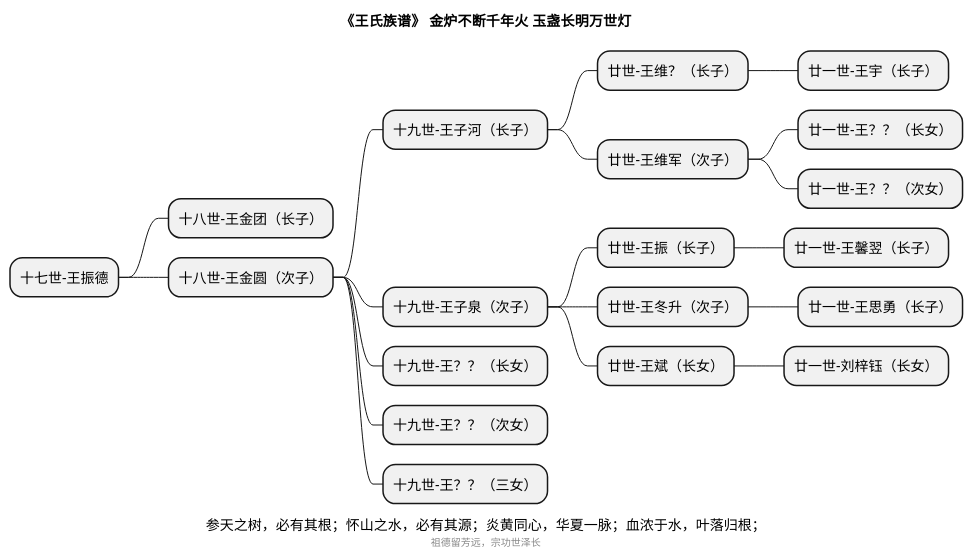
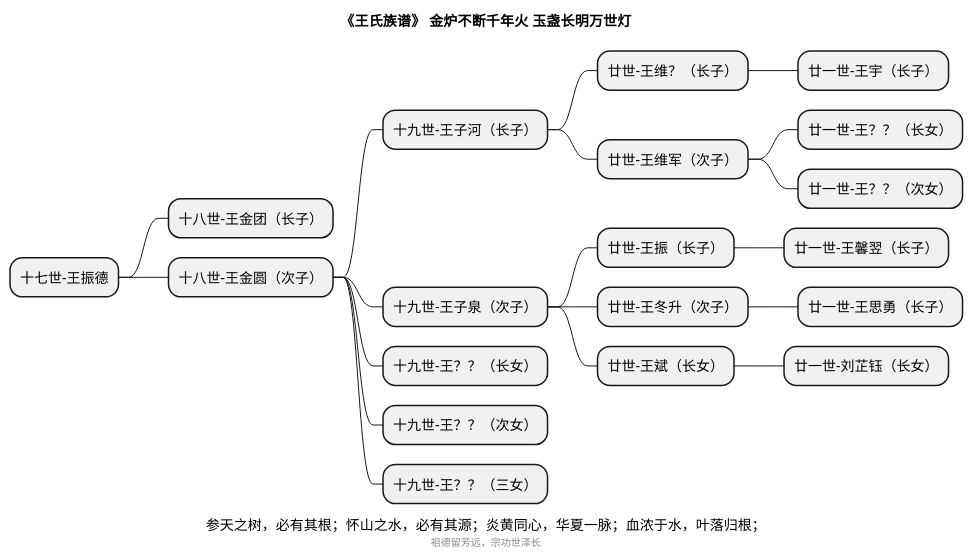
One commit to wdsheng0i/wdsheng0i.github.io changed the diagram in assets/files/mindmap/family-wang.puml. Above: the diagram before and after it, drawn with PlantUML. The commit also changed 20 other files, not shown here.

```diff
--- a/assets/files/mindmap/family-wang.puml
+++ b/assets/files/mindmap/family-wang.puml
@@ -1,27 +1,27 @@
 @startmindmap
 
 caption 参天之树，必有其根；怀山之水，必有其源；炎黄同心，华夏一脉；血浓于水，叶落归根；
 title 《王氏族谱》 金炉不断千年火  玉盏长明万世灯
 
 * 十七世-王振德
 ** 十八世-王金团（长子）
 ** 十八世-王金圆（次子）
 *** 十九世-王子河（长子）
 **** 廿世-王维？（长子）
 ***** 廿一世-王宇（长子）
 **** 廿世-王维军（次子）
 ***** 廿一世-王？？（长女）
 ***** 廿一世-王？？（次女）
 *** 十九世-王子泉（次子）
 **** 廿世-王振（长子）
 ***** 廿一世-王馨翌（长子）
 **** 廿世-王冬升（次子）
 ***** 廿一世-王思勇（长子）
 **** 廿世-王斌（长女）
-***** 廿一世-刘梓钰（长女）
+***** 廿一世-刘芷钰（长女）
 *** 十九世-王？？（长女）
 *** 十九世-王？？（次女）
 *** 十九世-王？？（三女）
 
 center footer 祖德留芳远，宗功世泽长
 @endmindmap
```
